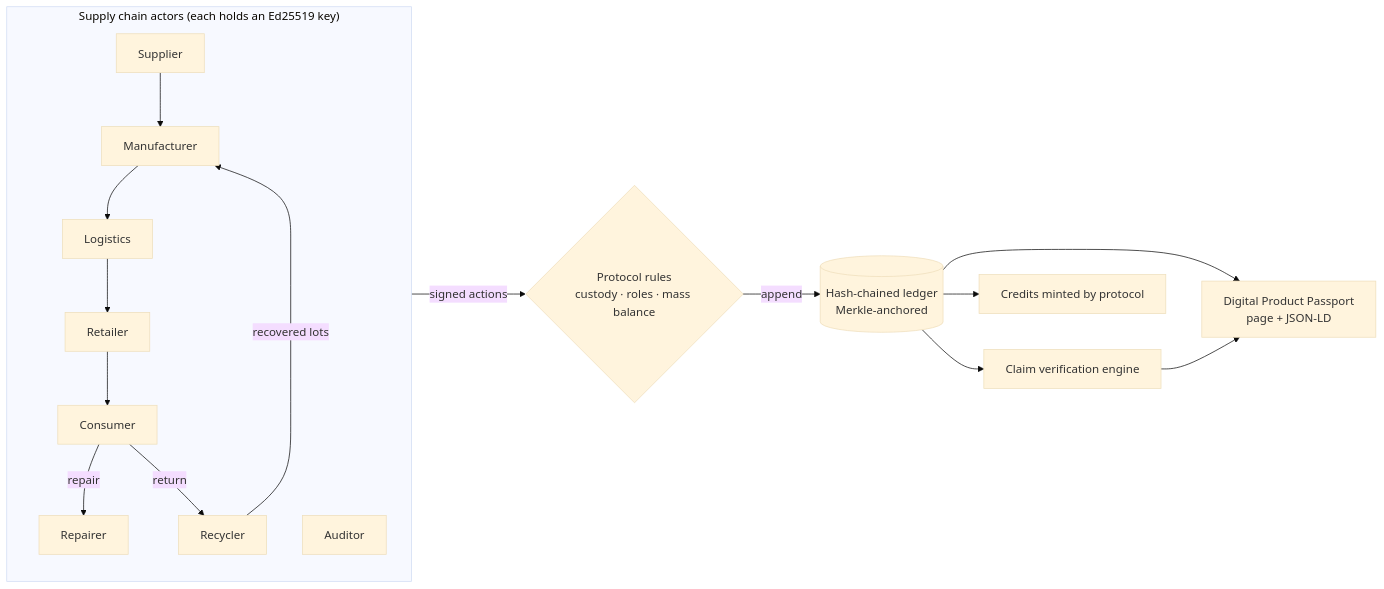
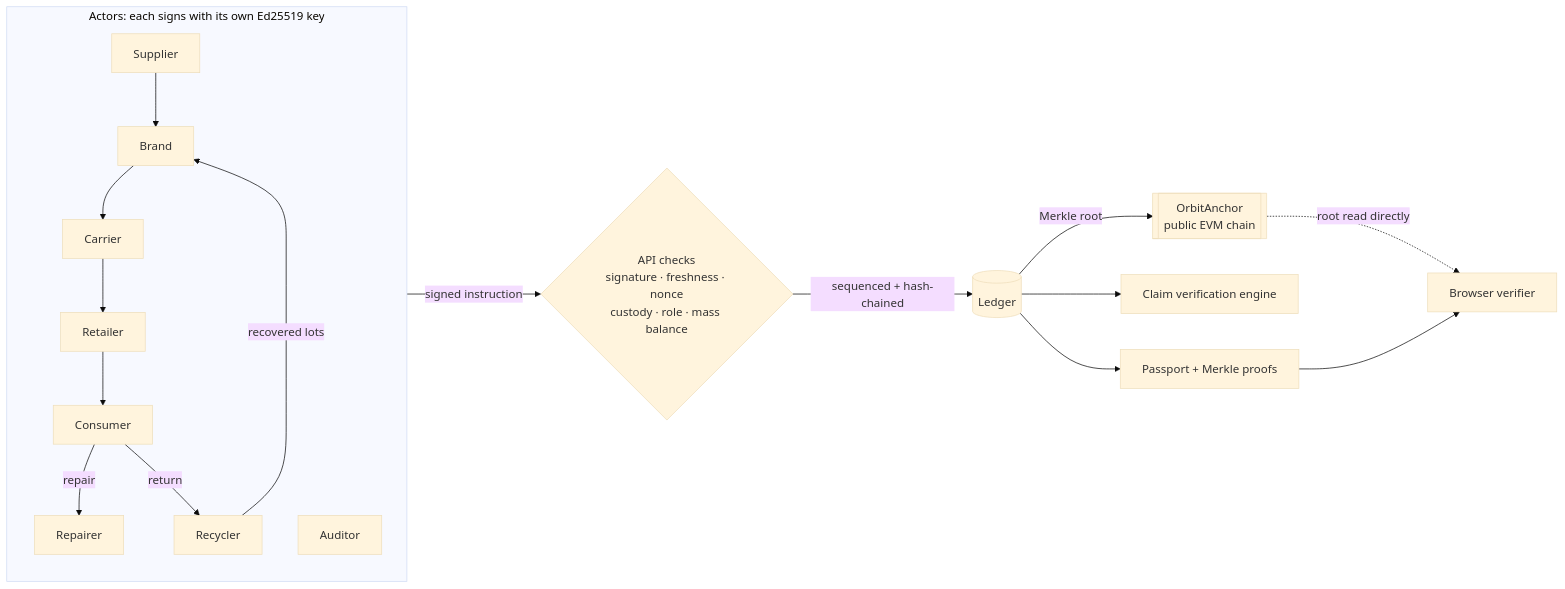
The diagram in README.md (ayushagarwalhere/orbit), drawn with Mermaid (base theme) before and after one commit. The commit also changed other lines of this file and 16 other files, not shown here.

````diff
--- a/README.md
+++ b/README.md
@@ -47,16 +57,17 @@
 ```mermaid
 flowchart LR
-  subgraph Actors["Supply chain actors (each holds an Ed25519 key)"]
-    S[Supplier] --> M[Manufacturer] --> L[Logistics] --> R[Retailer] --> C[Consumer]
+  subgraph Actors["Actors: each signs with its own Ed25519 key"]
+    S[Supplier] --> M[Brand] --> L[Carrier] --> R[Retailer] --> C[Consumer]
     C -- repair --> F[Repairer]
     C -- return --> Y[Recycler]
     A[Auditor]
   end
-  Actors -- signed actions --> V{Protocol rules<br/>custody · roles · mass balance}
-  V -- append --> LG[(Hash-chained ledger<br/>Merkle-anchored)]
+  Actors -- signed instruction --> V{API checks<br/>signature · freshness · nonce<br/>custody · role · mass balance}
+  V -- sequenced + hash-chained --> LG[(Ledger)]
+  LG -- Merkle root --> CH[[OrbitAnchor<br/>public EVM chain]]
   Y -- recovered lots --> M
   LG --> E[Claim verification engine]
-  LG --> P[Digital Product Passport<br/>page + JSON-LD]
-  LG --> K[Credits minted by protocol]
-  E --> P
+  LG --> P[Passport + Merkle proofs]
+  CH -. root read directly .-> B[Browser verifier]
+  P --> B
 ```
````
